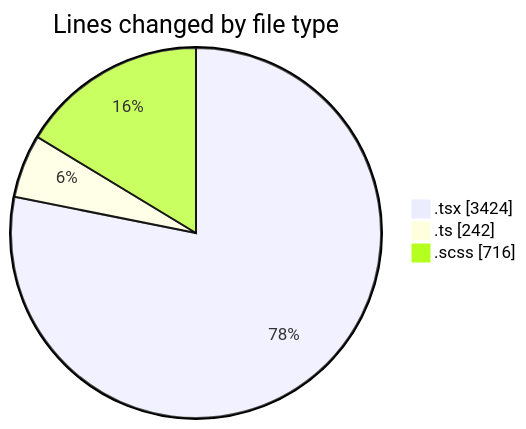
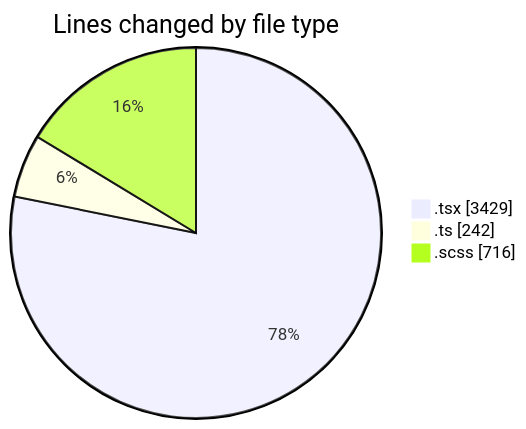
The first of 2 diagrams in 2025-09-15/cda/README.md (momahboobian/code-tracking), drawn with Mermaid before and after one commit. The commit also changed other lines of this file and 1 other file, not shown here.

````diff
--- a/2025-09-15/cda/README.md
+++ b/2025-09-15/cda/README.md
@@ -25,7 +25,7 @@
 ```mermaid
 pie showData
 title Lines changed by file type
-".tsx" : 3424
+".tsx" : 3429
 ".ts" : 242
 ".scss" : 716
 ```
````
